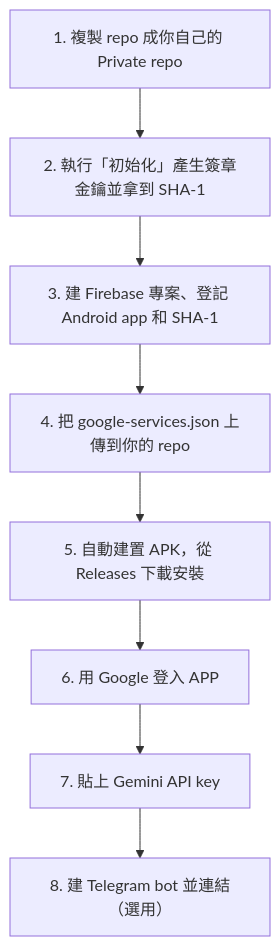
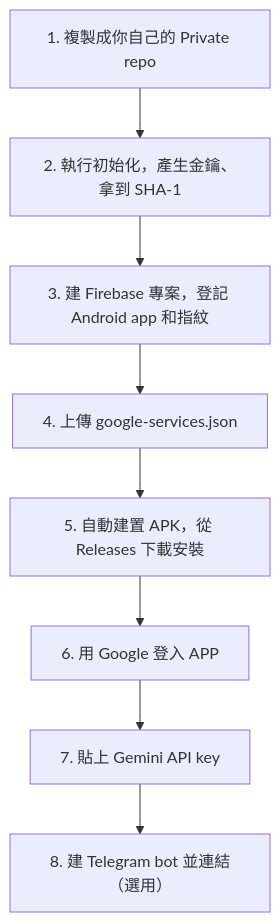
The diagram in SETUP.md (shishonomisaki/life-manager-public), drawn with Mermaid before and after one commit. The commit also changed 1 other file, not shown here.

Commit message:
修正 Mermaid 圖表語法，讓 GitHub 能正確顯示
Claude-Session: https://claude.ai/code/session_01Vi3GHGdf8kAMk2opQpEVGQ

````diff
--- a/SETUP.md
+++ b/SETUP.md
@@ -14,10 +14,10 @@
 ```mermaid
 flowchart TD
-  A[1. 複製 repo 成你自己的 Private repo] --> B[2. 執行「初始化」產生簽章金鑰並拿到 SHA-1]
-  B --> C[3. 建 Firebase 專案、登記 Android app 和 SHA-1]
-  C --> D[4. 把 google-services.json 上傳到你的 repo]
-  D --> E[5. 自動建置 APK，從 Releases 下載安裝]
-  E --> F[6. 用 Google 登入 APP]
-  F --> G[7. 貼上 Gemini API key]
-  G --> H[8. 建 Telegram bot 並連結（選用）]
+  A["1. 複製成你自己的 Private repo"] --> B["2. 執行初始化，產生金鑰、拿到 SHA-1"]
+  B --> C["3. 建 Firebase 專案，登記 Android app 和指紋"]
+  C --> D["4. 上傳 google-services.json"]
+  D --> E["5. 自動建置 APK，從 Releases 下載安裝"]
+  E --> F["6. 用 Google 登入 APP"]
+  F --> G["7. 貼上 Gemini API key"]
+  G --> H["8. 建 Telegram bot 並連結（選用）"]
 ```
````
